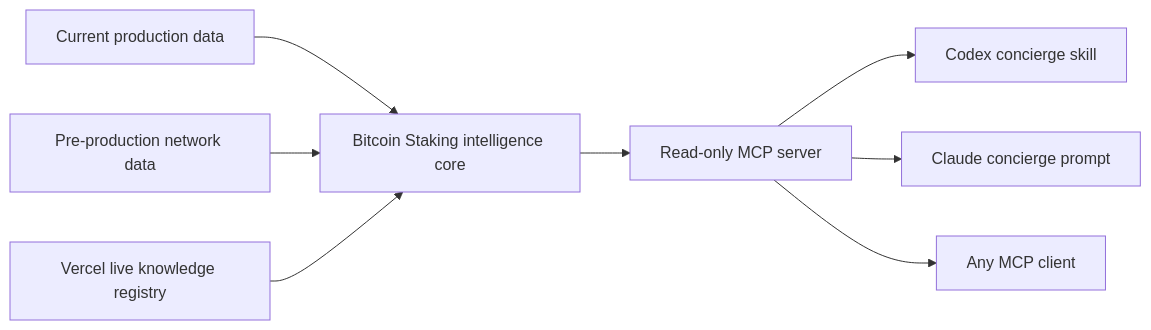
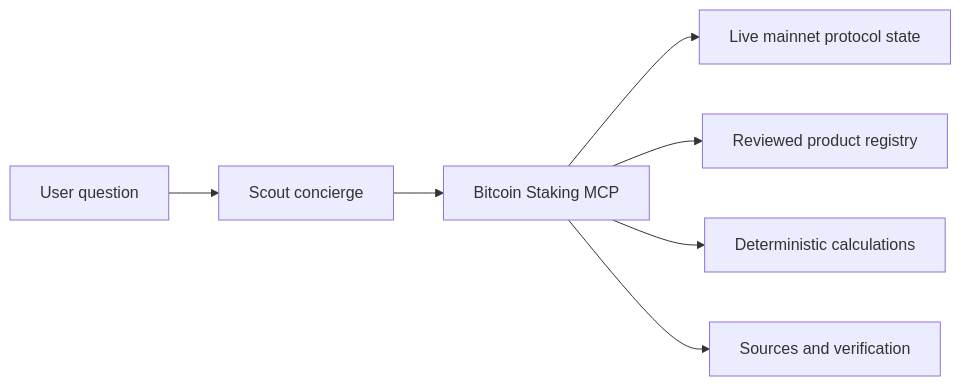
Before and after one commit to andre-stacks/bitcoin-staking-mcp: the diagram in README.md, drawn with Mermaid. The commit also changed other lines of this file and 36 other files, not shown here.

Commit message:
Make Scout mainnet-ready

````diff
--- a/README.md
+++ b/README.md
@@ -20,10 +104,9 @@
 ```mermaid
 flowchart LR
-  A["Current production data"] --> C["Bitcoin Staking intelligence core"]
-  T["Pre-production network data"] --> C
-  B["Vercel live knowledge registry"] --> C
-  C --> M["Read-only MCP server"]
-  M --> X["Codex concierge skill"]
-  M --> Y["Claude concierge prompt"]
-  M --> Z["Any MCP client"]
+  U["User question"] --> S["Scout concierge"]
+  S --> M["Bitcoin Staking MCP"]
+  M --> P["Live mainnet protocol state"]
+  M --> R["Reviewed product registry"]
+  M --> C["Deterministic calculations"]
+  M --> E["Sources and verification"]
 ```
````
